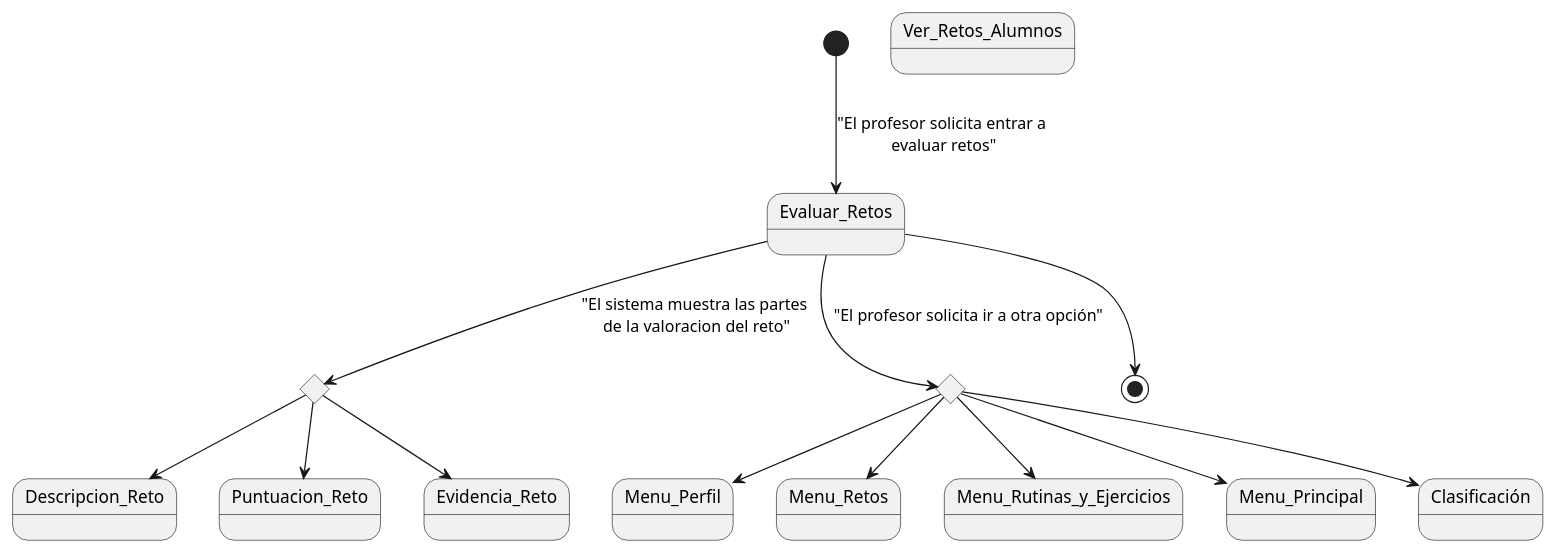
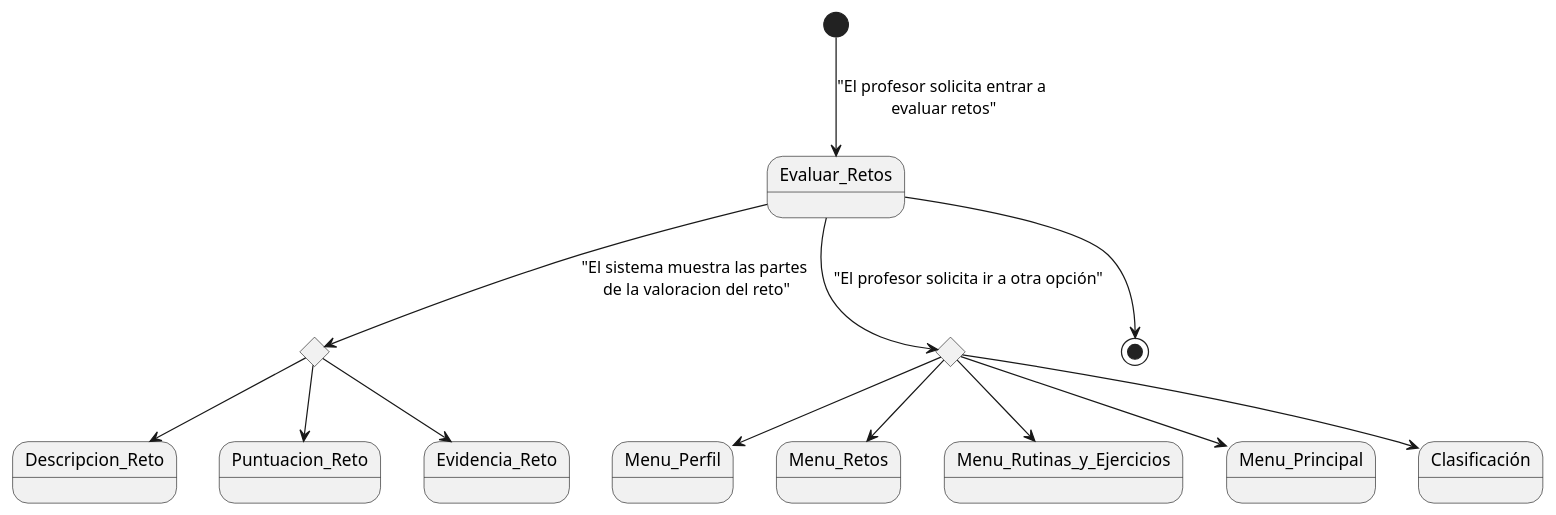
One commit to mmasias/24-25-IdSw1-SDR changed the diagram in Documentos/DetallarCasosDeUso/Profesor/Evaluar_Retos.puml. Above: the diagram before and after it, drawn with PlantUML.

Commit message:
actualizacion

```diff
--- a/Documentos/DetallarCasosDeUso/Profesor/Evaluar_Retos.puml
+++ b/Documentos/DetallarCasosDeUso/Profesor/Evaluar_Retos.puml
@@ -1,27 +1,29 @@
 @startuml
 state Evaluar_Retos
 state rombo1 <<choice>>
 state rombo2 <<choice>>
-state Ver_Retos_Alumnos
+state Descripcion_Reto
+state Puntuacion_Reto
+state Evidencia_Reto
 state Menu_Perfil
 state Menu_Retos
 state Menu_Rutinas_y_Ejercicios
 state Menu_Principal
 state Clasificación
 
 [*] --> Evaluar_Retos : "El profesor solicita entrar a\n evaluar retos"
 
 Evaluar_Retos --> rombo1 : "El sistema muestra las partes \nde la valoracion del reto"
 rombo1 --> Descripcion_Reto
 rombo1 --> Puntuacion_Reto
 rombo1 --> Evidencia_Reto
 
 
 Evaluar_Retos --> rombo2 : "El profesor solicita ir a otra opción"
 rombo2 --> Menu_Perfil
 rombo2 --> Menu_Retos
 rombo2 --> Menu_Rutinas_y_Ejercicios
 rombo2 --> Menu_Principal
 rombo2 --> Clasificación
 Evaluar_Retos-->[*]
 @enduml
```
